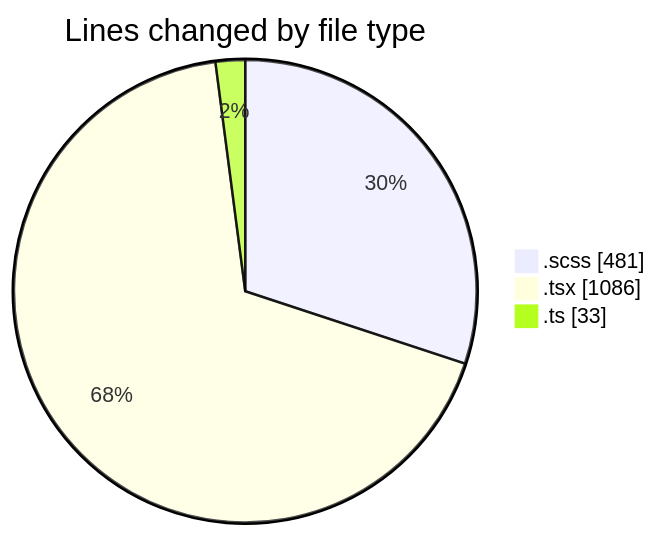
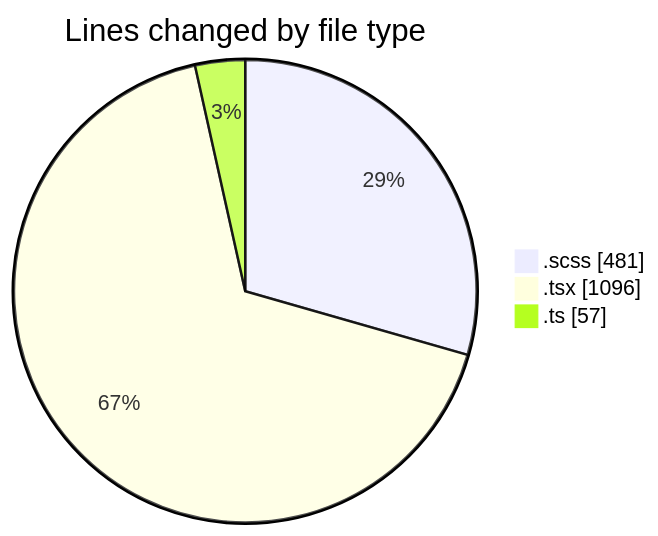
One commit to momahboobian/code-tracking changed the first of 2 diagrams in 2025-03-28/cda/README.md. Above: the diagram before and after it, drawn with Mermaid. The commit also changed other lines of this file and 1 other file, not shown here.

````diff
--- a/2025-03-28/cda/README.md
+++ b/2025-03-28/cda/README.md
@@ -24,7 +24,7 @@
 ```mermaid
 pie showData
 title Lines changed by file type
 ".scss" : 481
-".tsx" : 1086
-".ts" : 33
+".tsx" : 1096
+".ts" : 57
 ```
````
